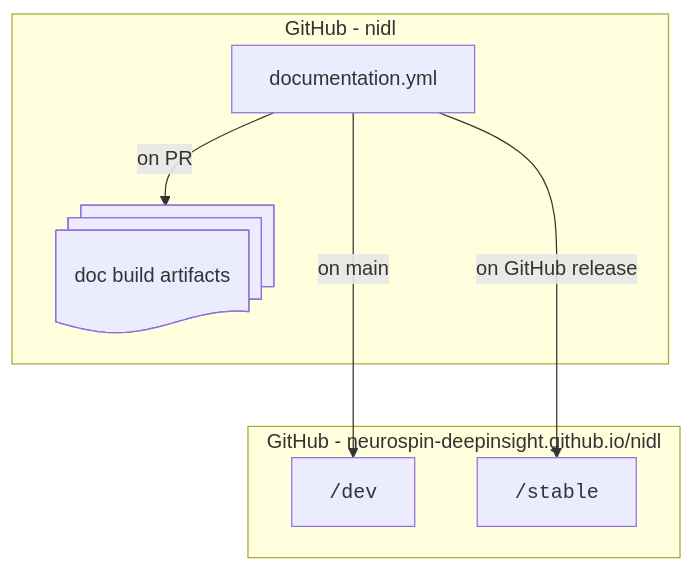
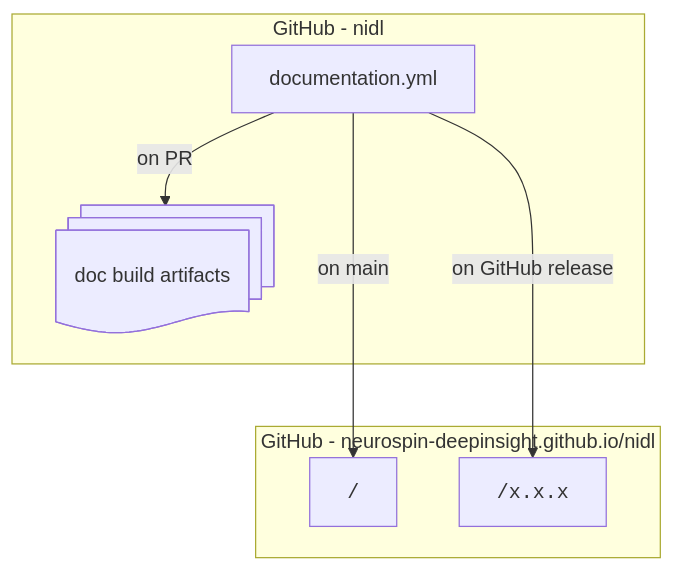
The diagram in doc/mermaid/doc_deploy.mmd (neurospin-deepinsight/nidl), drawn with Mermaid before and after one commit.

Commit message:
doc/mermaid/doc_deploy: update graph.

```diff
--- a/doc/mermaid/doc_deploy.mmd
+++ b/doc/mermaid/doc_deploy.mmd
@@ -1,15 +1,15 @@
 flowchart TD
 
 subgraph GitHub - neurospin-deepinsight.github.io/nidl
-nidl_doc_dev["<code>/dev"]
-nidl_doc_stable["<code>/stable"]
+nidl_doc_main["<code>/"]
+nidl_doc_stable["<code>/x.x.x"]
 end
 
 subgraph GitHub - nidl
 DocumentationBuilder["documentation.yml"]
 artifacts@{ shape: docs, label: "doc build artifacts" }
 end
 
-DocumentationBuilder -- on main --> nidl_doc_dev
+DocumentationBuilder -- on main --> nidl_doc_main
 DocumentationBuilder -- on GitHub release ---> nidl_doc_stable
 DocumentationBuilder -- on PR --> artifacts
```
